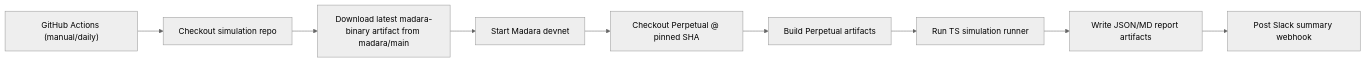
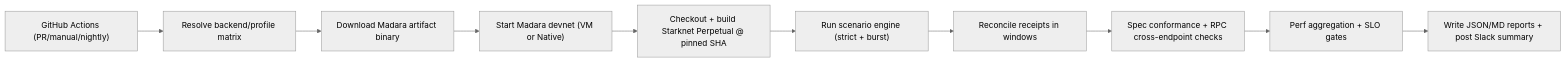
Before and after one commit to Mohiiit/madara-perpetual-simulation: the diagram in README.md, drawn with Mermaid (neutral theme). The commit also changed other lines of this file and 37 other files, not shown here.

Commit message:
feat(simulation): implement izanagi v2 traffic and conformance engine

````diff
--- a/README.md
+++ b/README.md
@@ -15,11 +17,12 @@
 ```mermaid
 flowchart LR
-A["GitHub Actions (manual/daily)"] --> B["Checkout simulation repo"]
-B --> C["Download latest madara-binary artifact from madara/main"]
-C --> D["Start Madara devnet"]
-D --> E["Checkout Perpetual @ pinned SHA"]
-E --> F["Build Perpetual artifacts"]
-F --> G["Run TS simulation runner"]
-G --> H["Write JSON/MD report artifacts"]
-H --> I["Post Slack summary webhook"]
+A["GitHub Actions (PR/manual/nightly)"] --> B["Resolve backend/profile matrix"]
+B --> C["Download Madara artifact binary"]
+C --> D["Start Madara devnet (VM or Native)"]
+D --> E["Checkout + build Starknet Perpetual @ pinned SHA"]
+E --> F["Run scenario engine (strict + burst)"]
+F --> G["Reconcile receipts in windows"]
+G --> H["Spec conformance + RPC cross-endpoint checks"]
+H --> I["Perf aggregation + SLO gates"]
+I --> J["Write JSON/MD reports + post Slack summary"]
 ```
````
